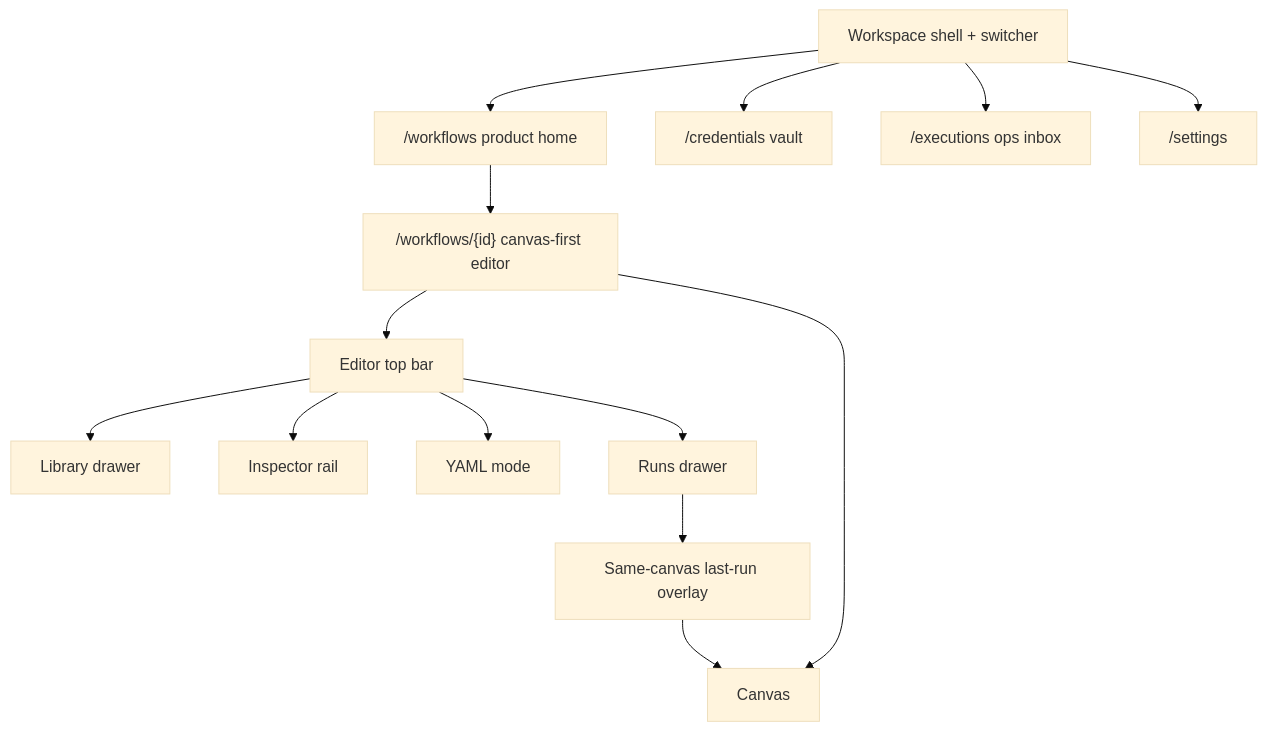
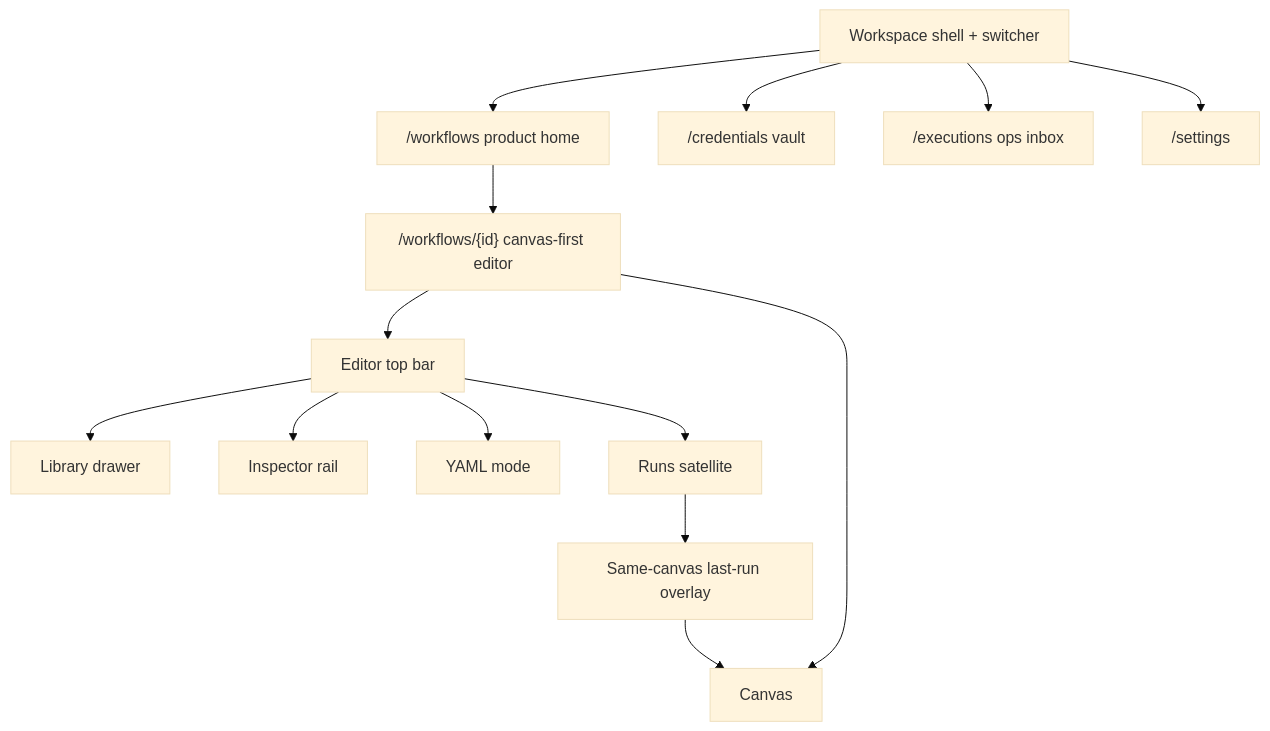
Before and after one commit to bbengt1/flowforge: the diagram in docs/reference/rewrite-ui-surfaces.md, drawn with Mermaid (base theme). The commit also changed other lines of this file and 8 other files, not shown here.

````diff
--- a/docs/reference/rewrite-ui-surfaces.md
+++ b/docs/reference/rewrite-ui-surfaces.md
@@ -52,30 +52,30 @@
 ```mermaid
 flowchart TB
   Shell[Workspace shell + switcher]
   Home["/workflows product home"]
   Editor["/workflows/{id} canvas-first editor"]
   Vault["/credentials vault"]
   Inbox["/executions ops inbox"]
   Settings["/settings"]
   Bar[Editor top bar]
   Canvas[Canvas]
   Lib[Library drawer]
   Insp[Inspector rail]
   Yaml[YAML mode]
-  Runs[Runs drawer]
+  Runs[Runs satellite]
   Overlay[Same-canvas last-run overlay]
 
   Shell --> Home
   Shell --> Vault
   Shell --> Inbox
   Shell --> Settings
   Home --> Editor
   Editor --> Bar
   Editor --> Canvas
   Bar --> Lib
   Bar --> Insp
   Bar --> Yaml
   Bar --> Runs
   Runs --> Overlay
   Overlay --> Canvas
 ```
````
